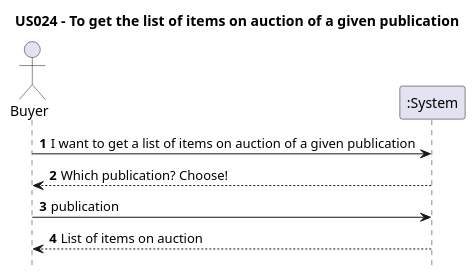
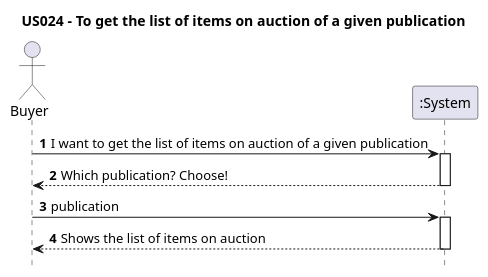
The diagram in Diagrams/SequenceDiagrams/N1/US024-to-get-the-list-of-items-on-auction-of-a-given-publication.puml (AndrePereiraGitH/SWitCH-Project-Team_A), drawn with PlantUML before and after one commit. The commit also changed 6 other files, not shown here.

```diff
--- a/Diagrams/SequenceDiagrams/N1/US024-to-get-the-list-of-items-on-auction-of-a-given-publication.puml
+++ b/Diagrams/SequenceDiagrams/N1/US024-to-get-the-list-of-items-on-auction-of-a-given-publication.puml
@@ -1,15 +1,19 @@
 @startuml
 
 hide footbox
 autonumber
 title US024 - To get the list of items on auction of a given publication
 
 actor Buyer
 participant ":System" as System
 
-Buyer -> System : I want to get a list of items on auction of a given publication
+Buyer -> System : I want to get the list of items on auction of a given publication
+activate System
 Buyer <-- System : Which publication? Choose!
+deactivate System
 Buyer -> System : publication
-System --> Buyer : List of items on auction
+activate System
+System --> Buyer : Shows the list of items on auction
+deactivate System
 
 @enduml
```
